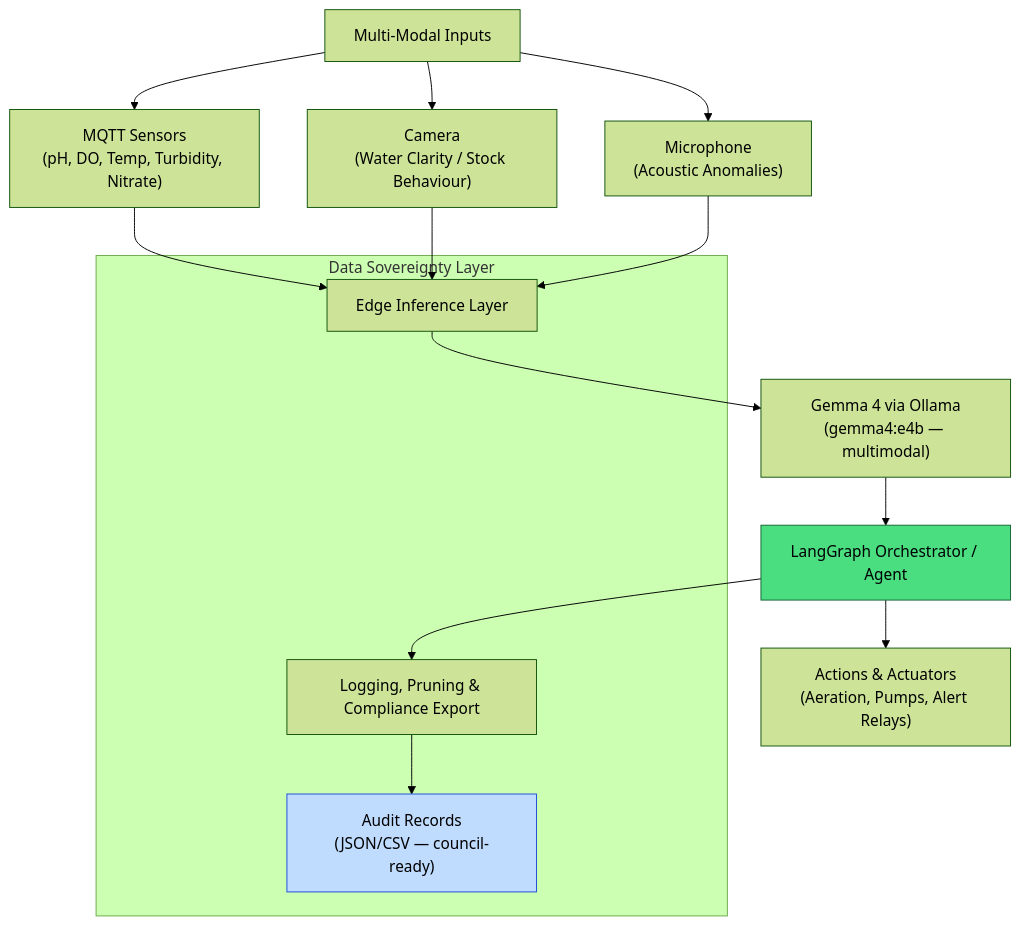
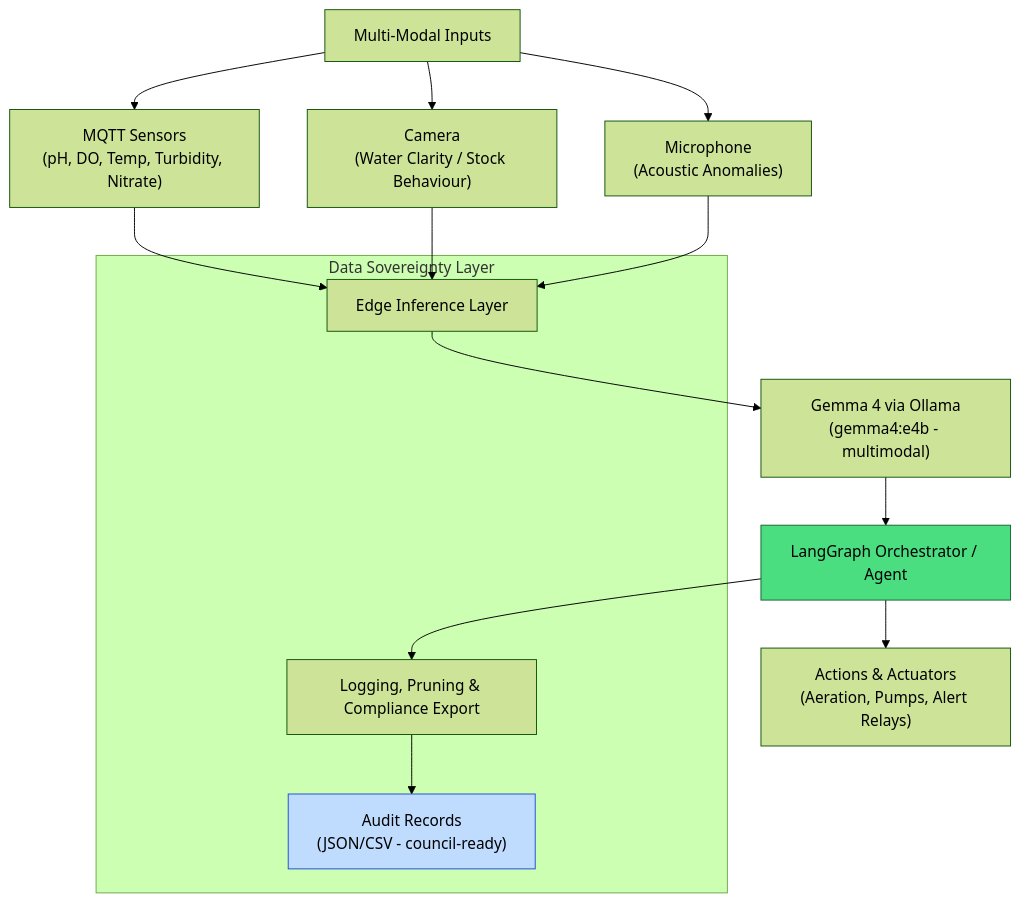
Before and after one commit to fivepanelhat/coastal-alpine-stack: the diagram in coastal-alpine-stack/AquaGuard-Portal/README.md, drawn with Mermaid (forest theme). The commit also changed other lines of this file and 143 other files, not shown here.

````diff
--- a/coastal-alpine-stack/AquaGuard-Portal/README.md
+++ b/coastal-alpine-stack/AquaGuard-Portal/README.md
@@ -122,23 +122,23 @@
 ```mermaid
 flowchart TD
-    A["Multi-Modal Inputs"] --> B["MQTT Sensors<br/>(pH, DO, Temp, Turbidity, Nitrate)"]
-    A --> C["Camera<br/>(Water Clarity / Stock Behaviour)"]
-    A --> D["Microphone<br/>(Acoustic Anomalies)"]
+ A["Multi-Modal Inputs"] --> B["MQTT Sensors<br/>(pH, DO, Temp, Turbidity, Nitrate)"]
+ A --> C["Camera<br/>(Water Clarity / Stock Behaviour)"]
+ A --> D["Microphone<br/>(Acoustic Anomalies)"]
 
-    B & C & D --> E["Edge Inference Layer"]
-    E --> F["Gemma 4 via Ollama<br/>(gemma4:e4b — multimodal)"]
-    F --> G["LangGraph Orchestrator / Agent"]
+ B & C & D --> E["Edge Inference Layer"]
+ E --> F["Gemma 4 via Ollama<br/>(gemma4:e4b - multimodal)"]
+ F --> G["LangGraph Orchestrator / Agent"]
 
-    G --> H["Actions & Actuators<br/>(Aeration, Pumps, Alert Relays)"]
-    G --> I["Logging, Pruning & Compliance Export"]
-    I --> J["Audit Records<br/>(JSON/CSV — council-ready)"]
+ G --> H["Actions & Actuators<br/>(Aeration, Pumps, Alert Relays)"]
+ G --> I["Logging, Pruning & Compliance Export"]
+ I --> J["Audit Records<br/>(JSON/CSV - council-ready)"]
 
-    subgraph "Data Sovereignty Layer"
-        E
-        I
-        J
-    end
+ subgraph "Data Sovereignty Layer"
+ E
+ I
+ J
+ end
 
-    style G fill:#4ade80,stroke:#166534
-    style J fill:#bfdbfe,stroke:#1d4ed8
+ style G fill:#4ade80,stroke:#166534
+ style J fill:#bfdbfe,stroke:#1d4ed8
 ```
````
